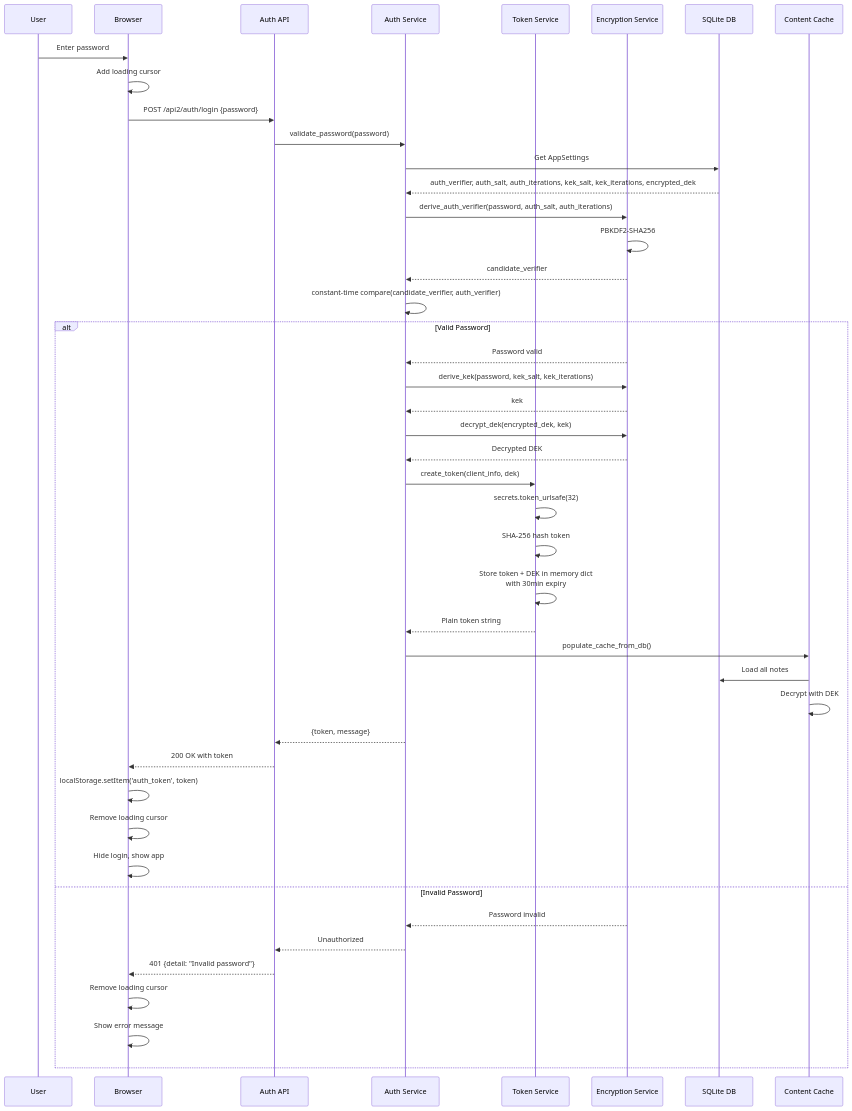
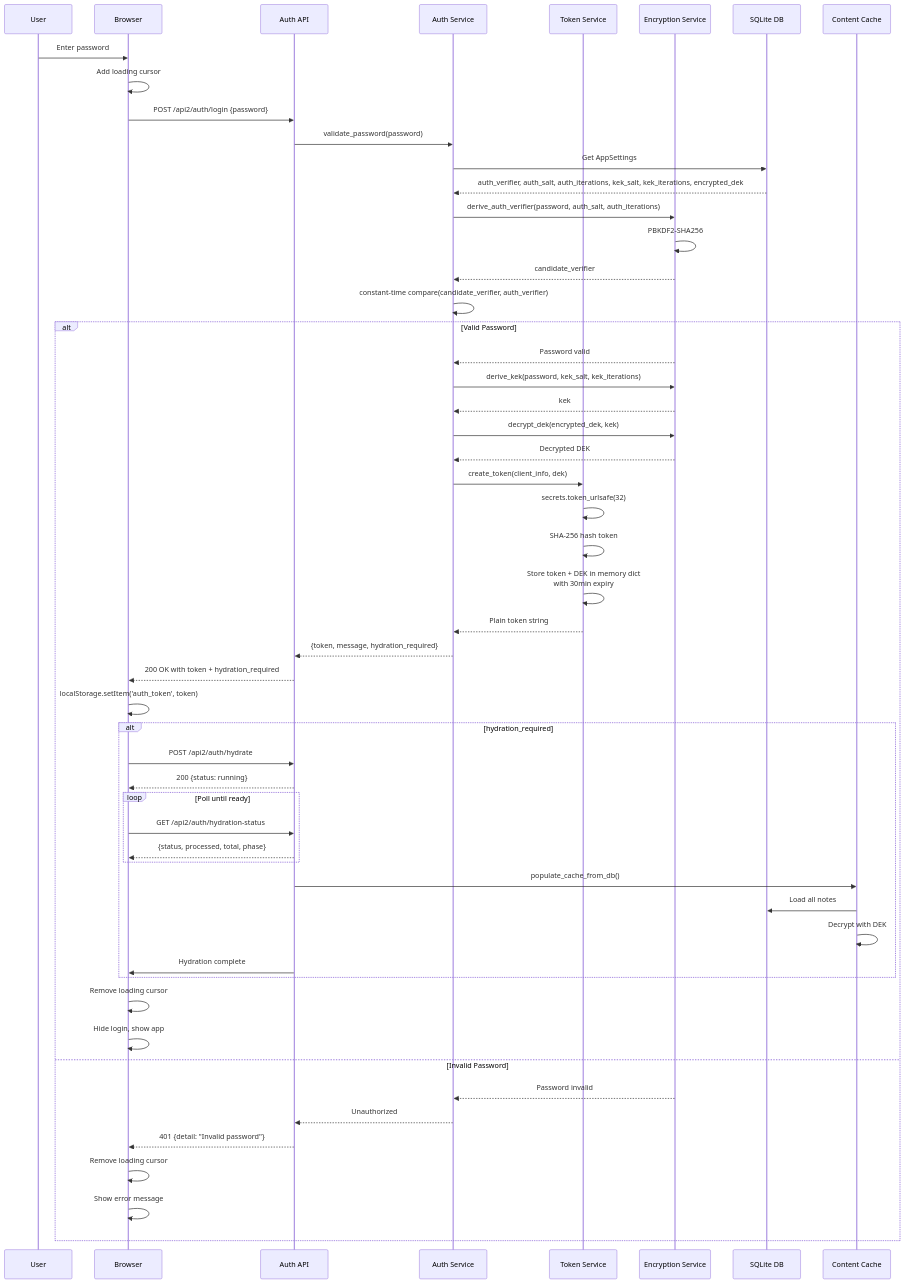
One commit to evolvingstuff/metalist changed the diagram in docs/diagrams/auth-flow.md. Above: the diagram before and after it, drawn with Mermaid. The commit also changed 24 other files, not shown here.

````diff
--- a/docs/diagrams/auth-flow.md
+++ b/docs/diagrams/auth-flow.md
@@ -5,55 +5,63 @@
 ```mermaid
 sequenceDiagram
     participant U as User
     participant Browser as Browser
     participant API as Auth API
     participant AuthSvc as Auth Service
     participant TokenSvc as Token Service
     participant Enc as Encryption Service
     participant DB as SQLite DB
     participant Cache as Content Cache
     
     U->>Browser: Enter password
     Browser->>Browser: Add loading cursor
     Browser->>API: POST /api2/auth/login {password}
     
     API->>AuthSvc: validate_password(password)
     AuthSvc->>DB: Get AppSettings
     DB-->>AuthSvc: auth_verifier, auth_salt, auth_iterations, kek_salt, kek_iterations, encrypted_dek
     
     AuthSvc->>Enc: derive_auth_verifier(password, auth_salt, auth_iterations)
     Enc->>Enc: PBKDF2-SHA256
     Enc-->>AuthSvc: candidate_verifier
     
     AuthSvc->>AuthSvc: constant-time compare(candidate_verifier, auth_verifier)
     
     alt Valid Password
         Enc-->>AuthSvc: Password valid
         AuthSvc->>Enc: derive_kek(password, kek_salt, kek_iterations)
         Enc-->>AuthSvc: kek
         AuthSvc->>Enc: decrypt_dek(encrypted_dek, kek)
         Enc-->>AuthSvc: Decrypted DEK
         
         AuthSvc->>TokenSvc: create_token(client_info, dek)
         TokenSvc->>TokenSvc: secrets.token_urlsafe(32)
         TokenSvc->>TokenSvc: SHA-256 hash token
         TokenSvc->>TokenSvc: Store token + DEK in memory dict<br/>with 30min expiry
         TokenSvc-->>AuthSvc: Plain token string
         
-        AuthSvc->>Cache: populate_cache_from_db()
-        Cache->>DB: Load all notes
-        Cache->>Cache: Decrypt with DEK
-        
-        AuthSvc-->>API: {token, message}
-        API-->>Browser: 200 OK with token
+        AuthSvc-->>API: {token, message, hydration_required}
+        API-->>Browser: 200 OK with token + hydration_required
         Browser->>Browser: localStorage.setItem('auth_token', token)
+        alt hydration_required
+            Browser->>API: POST /api2/auth/hydrate
+            API-->>Browser: 200 {status: running}
+            loop Poll until ready
+                Browser->>API: GET /api2/auth/hydration-status
+                API-->>Browser: {status, processed, total, phase}
+            end
+            API->>Cache: populate_cache_from_db()
+            Cache->>DB: Load all notes
+            Cache->>Cache: Decrypt with DEK
+            API->>Browser: Hydration complete
+        end
         Browser->>Browser: Remove loading cursor
         Browser->>Browser: Hide login, show app
     else Invalid Password
         Enc-->>AuthSvc: Password invalid
         AuthSvc-->>API: Unauthorized
         API-->>Browser: 401 {detail: "Invalid password"}
         Browser->>Browser: Remove loading cursor
         Browser->>Browser: Show error message
     end
 ```
````
